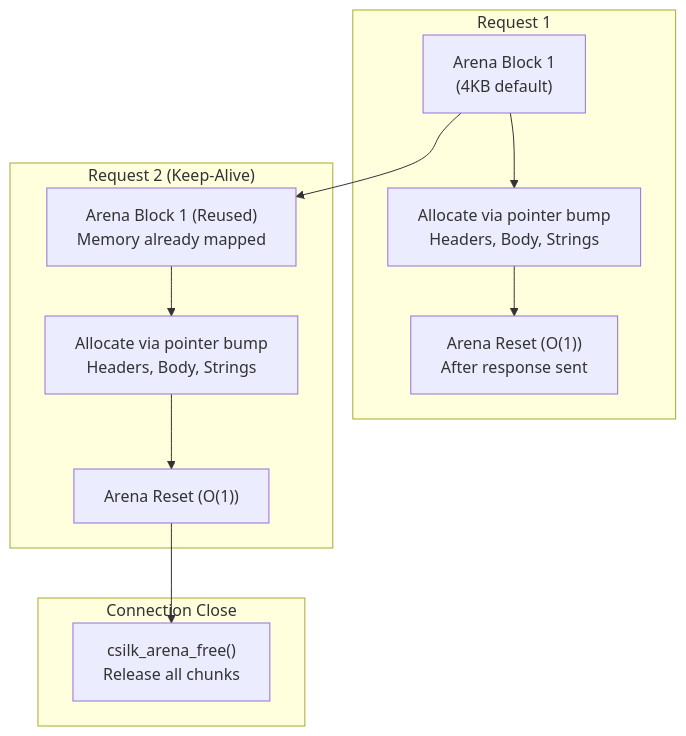
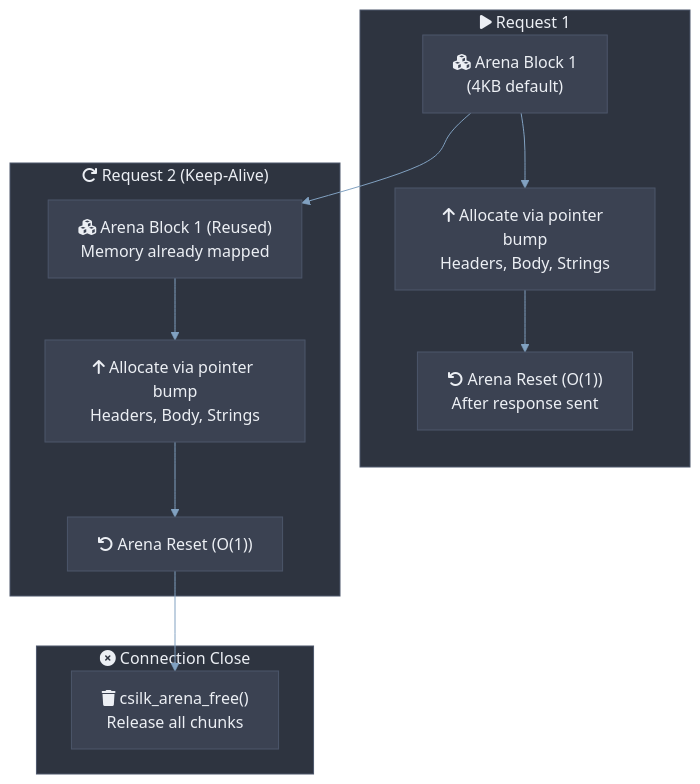
The fourth of 12 diagrams in docs/architecture.md (quintin-lee/csilk), drawn with Mermaid before and after one commit. The commit also changed other lines of this file and 30 other files, not shown here.

Commit message:
docs(docs): 📝 apply Nord Mermaid theme, RFC 2119 keywords, and quantified metrics to all docs

````diff
--- a/docs/architecture.md
+++ b/docs/architecture.md
@@ -177,21 +242,43 @@
 ```mermaid
+%%{init: {
+  'theme': 'base',
+  'themeVariables': {
+    'background': '#2E3440',
+    'primaryColor': '#81A1C1',
+    'primaryBorderColor': '#4C566A',
+    'primaryTextColor': '#ECEFF4',
+    'secondaryColor': '#3B4252',
+    'secondaryBorderColor': '#434C5E',
+    'secondaryTextColor': '#D8DEE9',
+    'lineColor': '#81A1C1',
+    'textColor': '#ECEFF4',
+    'mainBkg': '#3B4252',
+    'nodeBorder': '#4C566A',
+    'clusterBkg': '#2E3440',
+    'clusterBorder': '#4C566A',
+    'titleColor': '#ECEFF4',
+    'edgeLabelBackground': '#3B4252',
+    'nodeTextColor': '#ECEFF4'
+  },
+  'flowchart': {'htmlLabels': true, 'curve': 'basis'}
+}}%%
 flowchart TB
-    subgraph "Request 1"
-        A1["Arena Block 1\n(4KB default)"]
-        A1 --> P1["Allocate via pointer bump\nHeaders, Body, Strings"]
-        P1 --> F1["Arena Reset (O(1))\nAfter response sent"]
+    subgraph req1["fa:fa-play Request 1"]
+        A1["fa:fa-cubes Arena Block 1\n(4KB default)"]
+        A1 --> P1["fa:fa-arrow-up Allocate via pointer bump\nHeaders, Body, Strings"]
+        P1 --> F1["fa:fa-undo Arena Reset (O(1))\nAfter response sent"]
     end
 
-    subgraph "Request 2 (Keep-Alive)"
-        A2["Arena Block 1 (Reused)\nMemory already mapped"]
-        A2 --> P2["Allocate via pointer bump\nHeaders, Body, Strings"]
-        P2 --> F2["Arena Reset (O(1))"]
+    subgraph req2["fa:fa-redo Request 2 (Keep-Alive)"]
+        A2["fa:fa-cubes Arena Block 1 (Reused)\nMemory already mapped"]
+        A2 --> P2["fa:fa-arrow-up Allocate via pointer bump\nHeaders, Body, Strings"]
+        P2 --> F2["fa:fa-undo Arena Reset (O(1))"]
     end
 
-    subgraph "Connection Close"
-        FREE["csilk_arena_free()\nRelease all chunks"]
+    subgraph conn_close["fa:fa-times-circle Connection Close"]
+        FREE["fa:fa-trash csilk_arena_free()\nRelease all chunks"]
     end
 
     A1 --> A2
     F2 --> FREE
 ```
````
